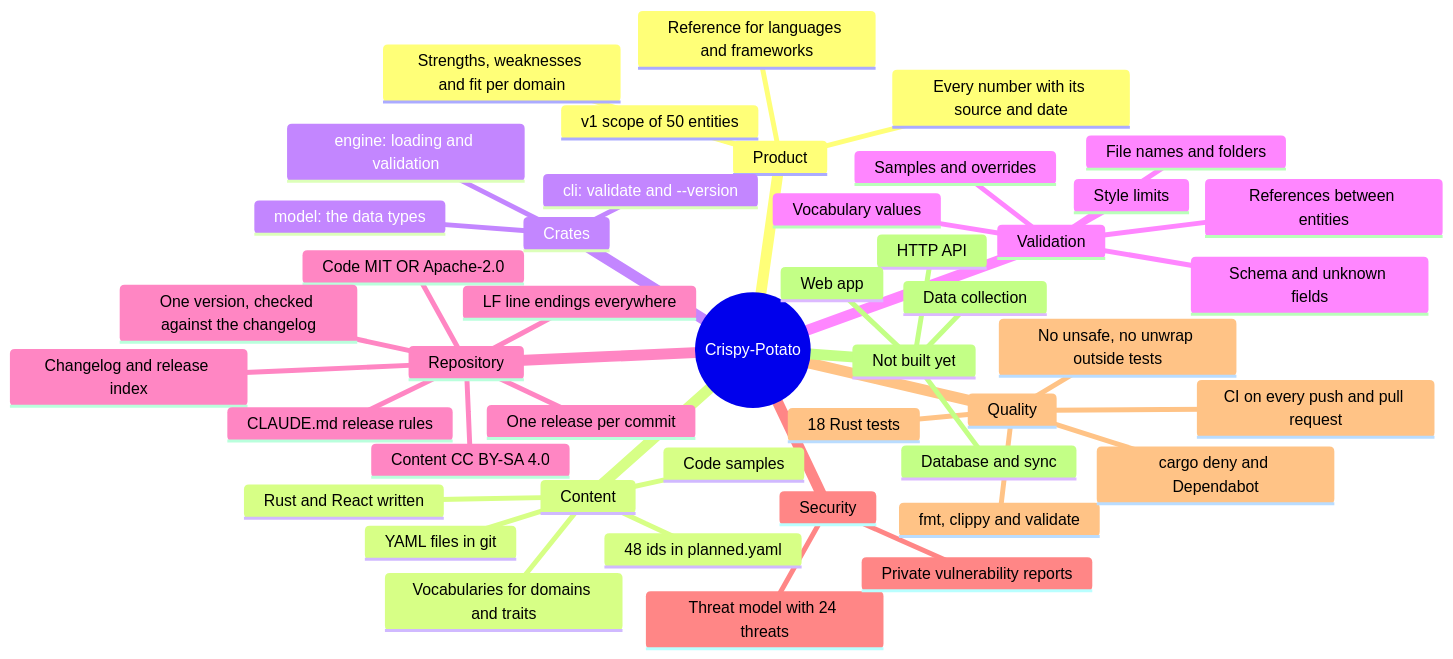
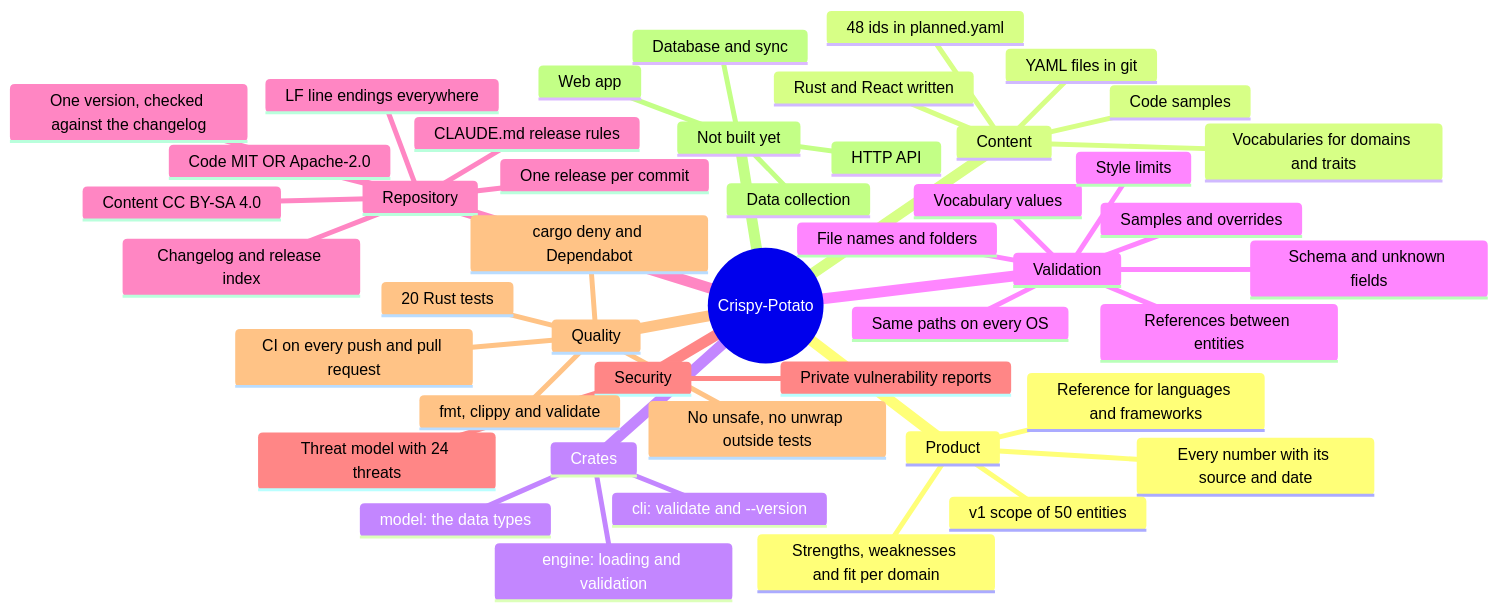
Before and after one commit to winksen/Crispy-Potato: the first of 2 diagrams in docs/MINDMAP.md, drawn with Mermaid. The commit also changed other lines of this file and 8 other files, not shown here.

````diff
--- a/docs/MINDMAP.md
+++ b/docs/MINDMAP.md
@@ -11,48 +11,49 @@
 ```mermaid
 mindmap
   root((Crispy-Potato))
     Product
       Reference for languages and frameworks
       Strengths, weaknesses and fit per domain
       Every number with its source and date
       v1 scope of 50 entities
     Content
       YAML files in git
       Rust and React written
       48 ids in planned.yaml
       Vocabularies for domains and traits
       Code samples
     Crates
       model: the data types
       engine: loading and validation
       cli: validate and --version
     Validation
       Schema and unknown fields
       File names and folders
       Vocabulary values
       References between entities
       Style limits
       Samples and overrides
+      Same paths on every OS
     Repository
       Code MIT OR Apache-2.0
       Content CC BY-SA 4.0
       One release per commit
       One version, checked against the changelog
       Changelog and release index
       CLAUDE.md release rules
       LF line endings everywhere
     Security
       Threat model with 24 threats
       Private vulnerability reports
     Quality
-      18 Rust tests
+      20 Rust tests
       fmt, clippy and validate
       No unsafe, no unwrap outside tests
       CI on every push and pull request
       cargo deny and Dependabot
     Not built yet
       Database and sync
       Data collection
       HTTP API
       Web app
 ```
````
